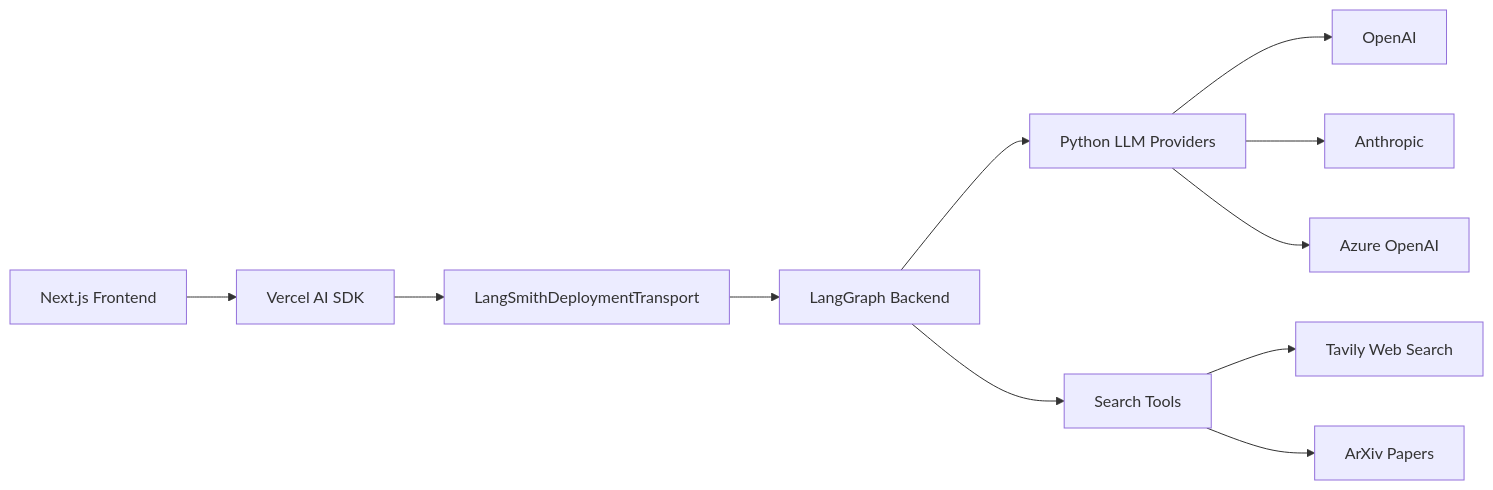
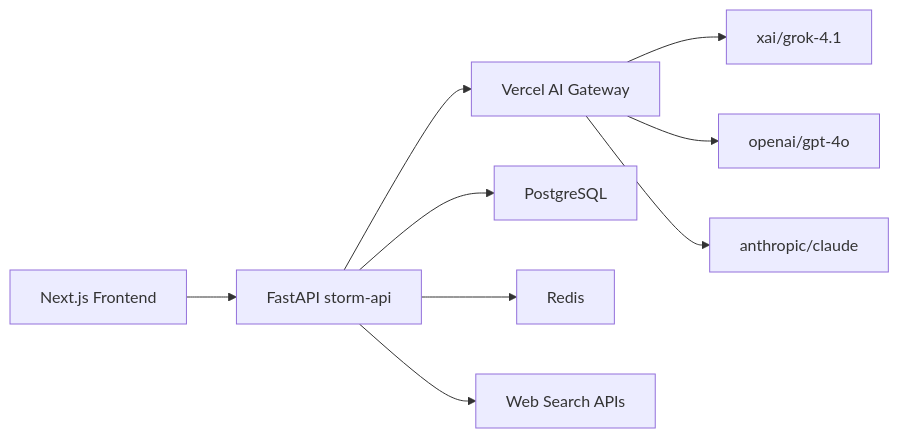
The second of 3 diagrams in README.md (madezmedia/STORM-Research-Assistant), drawn with Mermaid before and after one commit. The commit also changed other lines of this file, not shown here.

First line of the commit message:
docs: Update README with Vercel AI Gateway and storm-api integration

````diff
--- a/README.md
+++ b/README.md
@@ -87,13 +93,11 @@
 ```mermaid
 graph LR
-    A[Next.js Frontend] --> B[Vercel AI SDK]
-    B --> C[LangSmithDeploymentTransport]
-    C --> D[LangGraph Backend]
-    D --> E[Python LLM Providers]
-    E --> F[OpenAI]
-    E --> G[Anthropic]
-    E --> H[Azure OpenAI]
-    D --> I[Search Tools]
-    I --> J[Tavily Web Search]
-    I --> K[ArXiv Papers]
+    A[Next.js Frontend] --> B[FastAPI storm-api]
+    B --> C[Vercel AI Gateway]
+    C --> D[xai/grok-4.1]
+    C --> E[openai/gpt-4o]
+    C --> F[anthropic/claude]
+    B --> G[PostgreSQL]
+    B --> H[Redis]
+    B --> I[Web Search APIs]
 ```
````
